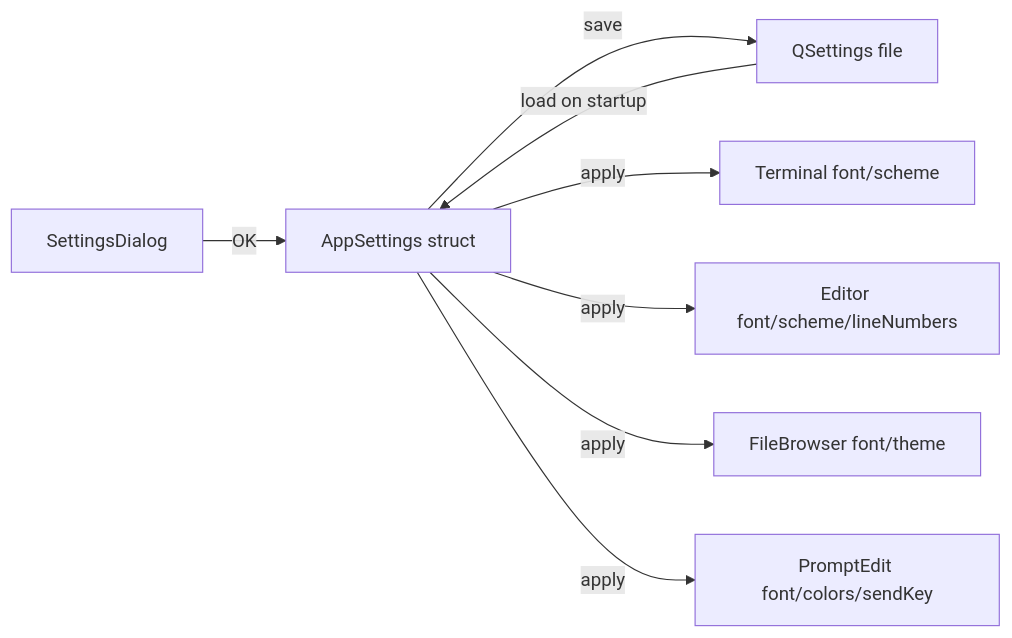
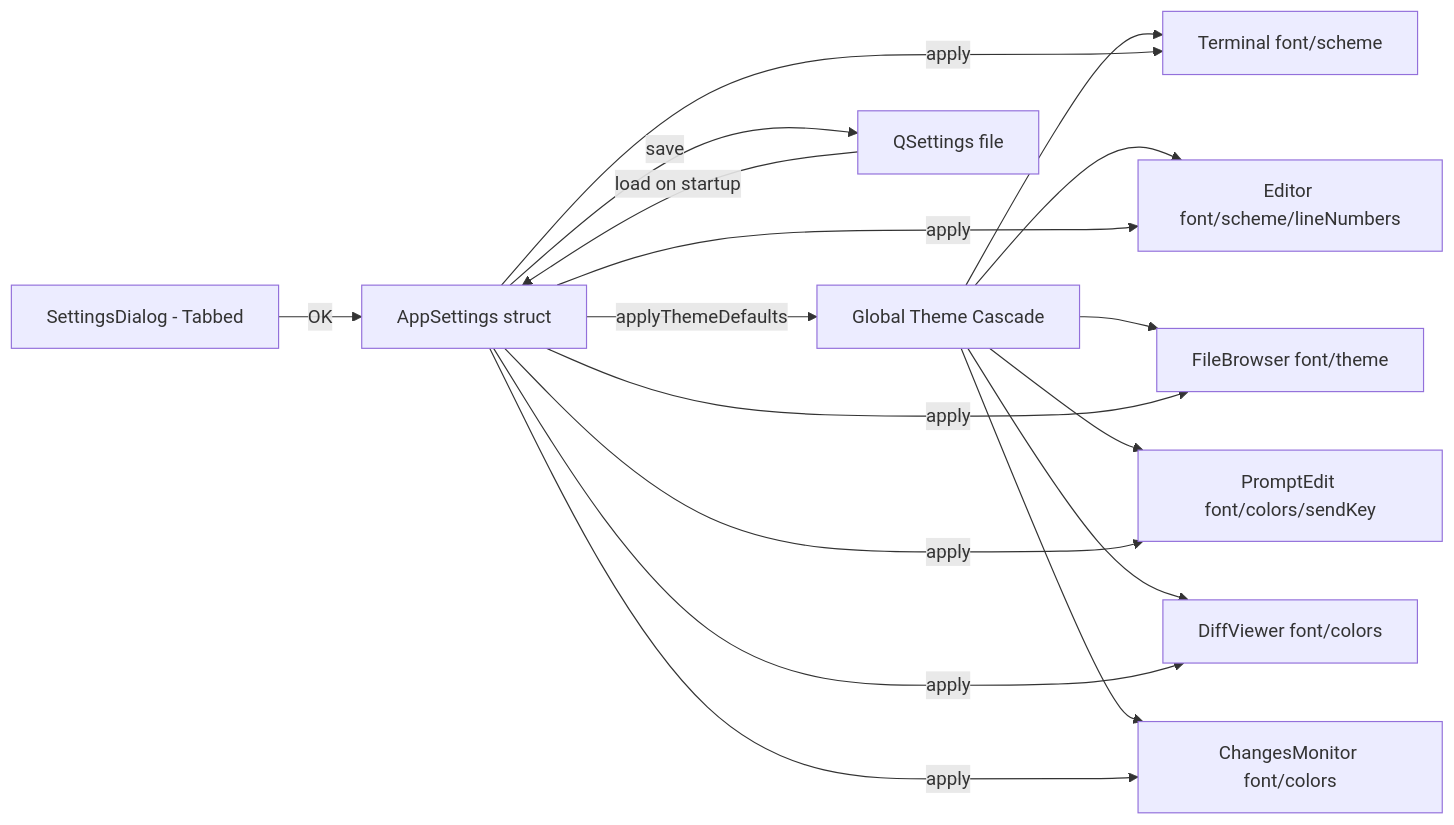
Diagram 12 of 14 in docs/diagrams.md (dkrse/vibe-coder), drawn with Mermaid before and after one commit. The commit also changed other lines of this file and 20 other files, not shown here.

````diff
--- a/docs/diagrams.md
+++ b/docs/diagrams.md
@@ -325,10 +406,14 @@
 ```mermaid
 flowchart LR
-    A[SettingsDialog] -->|OK| B[AppSettings struct]
+    A[SettingsDialog - Tabbed] -->|OK| B[AppSettings struct]
+    B -->|applyThemeDefaults| TH[Global Theme Cascade]
+    TH --> D & E & F & G & DV & CM2
     B -->|save| C[QSettings file]
     B -->|apply| D[Terminal font/scheme]
     B -->|apply| E[Editor font/scheme/lineNumbers]
     B -->|apply| F[FileBrowser font/theme]
     B -->|apply| G[PromptEdit font/colors/sendKey]
+    B -->|apply| DV[DiffViewer font/colors]
+    B -->|apply| CM2[ChangesMonitor font/colors]
     C -->|load on startup| B
 ```
````
